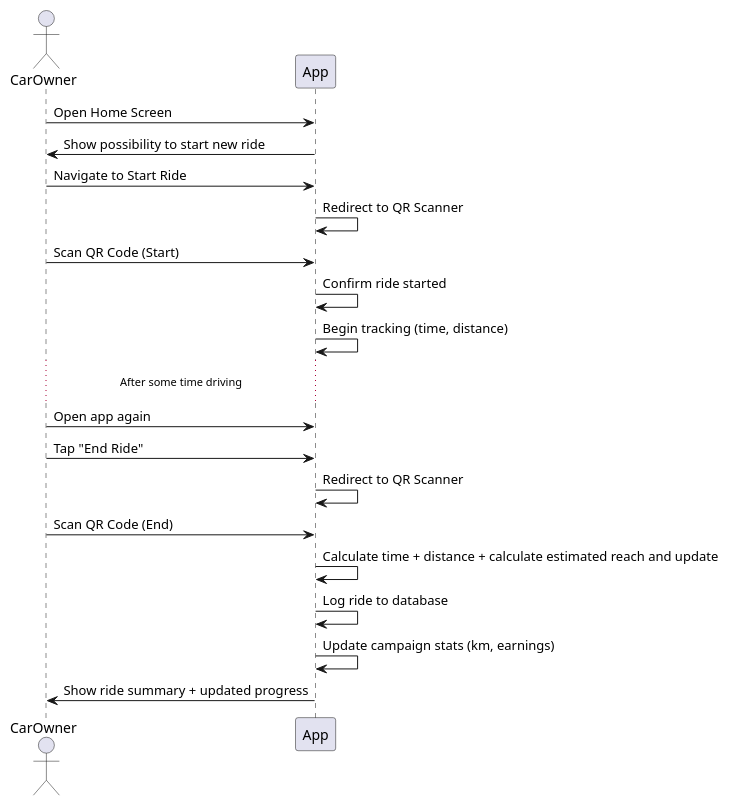
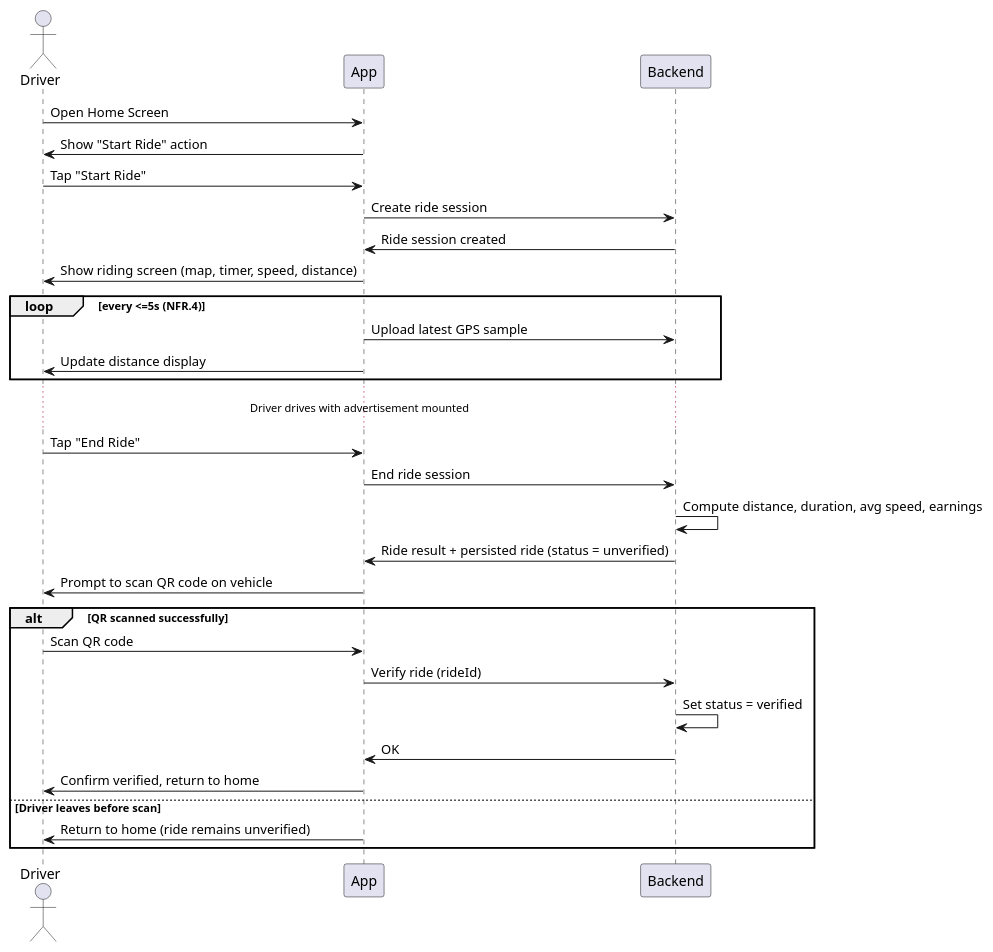
The diagram in DOCS/Usecases/User/LogRide/LogRideDiagram.puml (TheXik/Ad-on-Wheels), drawn with PlantUML before and after one commit. The commit also changed 19 other files, not shown here.

Commit message:
docs: update puml diagrams and the svg

```diff
--- a/DOCS/Usecases/User/LogRide/LogRideDiagram.puml
+++ b/DOCS/Usecases/User/LogRide/LogRideDiagram.puml
@@ -1,24 +1,35 @@
 @startuml RideDiagram
-actor CarOwner
-CarOwner -> App : Open Home Screen
-App -> CarOwner : Show possibility to start new ride
-CarOwner -> App : Navigate to Start Ride
-App -> App : Redirect to QR Scanner
+actor Driver
 
-CarOwner -> App : Scan QR Code (Start)
-App -> App : Confirm ride started
-App -> App : Begin tracking (time, distance)
+Driver -> App : Open Home Screen
+App -> Driver : Show "Start Ride" action
+Driver -> App : Tap "Start Ride"
+App -> Backend : Create ride session
+Backend -> App : Ride session created
+App -> Driver : Show riding screen (map, timer, speed, distance)
 
-... After some time driving ...
+loop every <=5s (NFR.4)
+    App -> Backend : Upload latest GPS sample
+    App -> Driver : Update distance display
+end
 
-CarOwner -> App : Open app again
-CarOwner -> App : Tap "End Ride"
-App -> App : Redirect to QR Scanner
+... Driver drives with advertisement mounted ...
 
-CarOwner -> App : Scan QR Code (End)
-App -> App : Calculate time + distance + calculate estimated reach and update
-App -> App : Log ride to database
-App -> App : Update campaign stats (km, earnings)
+Driver -> App : Tap "End Ride"
+App -> Backend : End ride session
+Backend -> Backend : Compute distance, duration, avg speed, earnings
+Backend -> App : Ride result + persisted ride (status = unverified)
 
-App -> CarOwner : Show ride summary + updated progress
+App -> Driver : Prompt to scan QR code on vehicle
+
+alt QR scanned successfully
+    Driver -> App : Scan QR code
+    App -> Backend : Verify ride (rideId)
+    Backend -> Backend : Set status = verified
+    Backend -> App : OK
+    App -> Driver : Confirm verified, return to home
+else Driver leaves before scan
+    App -> Driver : Return to home (ride remains unverified)
+end
+
 @enduml
```
